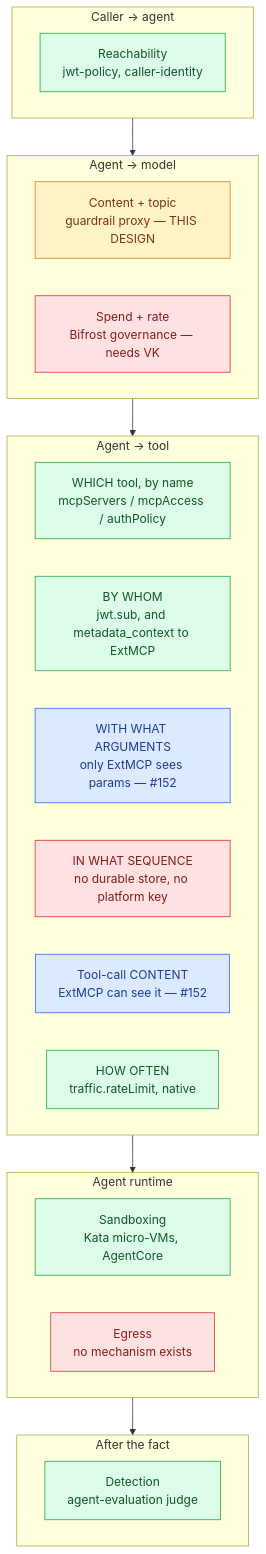
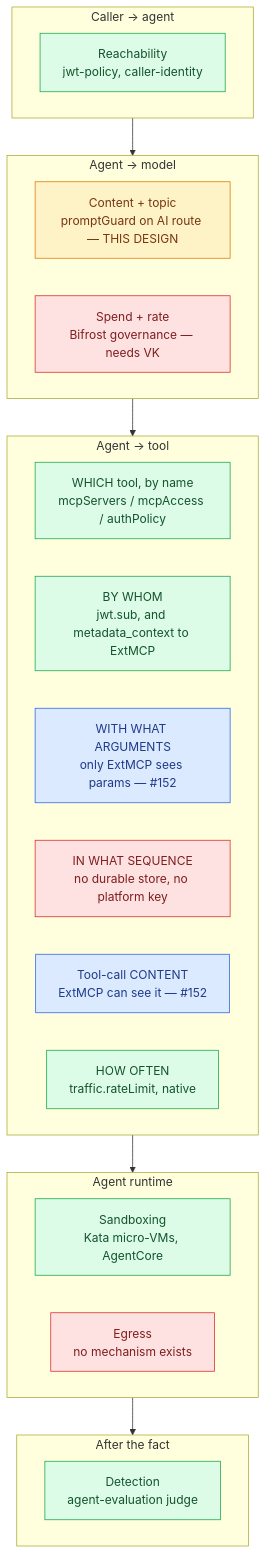
The third of 3 diagrams in docs/architecture/agent-guardrails.md (awslabs/open-agentic-platform), drawn with Mermaid before and after one commit. The commit also changed other lines of this file, not shown here.

First line of the commit message:
docs(architecture): sweep stale proxy references across the document

````diff
--- a/docs/architecture/agent-guardrails.md
+++ b/docs/architecture/agent-guardrails.md
@@ -1570,32 +1570,32 @@
 ```mermaid
 flowchart TB
     classDef have fill:#dcfce7,stroke:#16a34a,color:#14532d
     classDef new fill:#fef3c7,stroke:#d97706,color:#78350f
     classDef other fill:#dbeafe,stroke:#2563eb,color:#1e3a8a
     classDef gapn fill:#fee2e2,stroke:#dc2626,color:#7f1d1d
 
     subgraph CALLER["Caller → agent"]
         R["Reachability<br/>jwt-policy, caller-identity"]:::have
     end
     subgraph MODEL["Agent → model"]
-        C["Content + topic<br/>guardrail proxy — THIS DESIGN"]:::new
+        C["Content + topic<br/>promptGuard on AI route — THIS DESIGN"]:::new
         S["Spend + rate<br/>Bifrost governance — needs VK"]:::gapn
     end
     subgraph TOOL["Agent → tool"]
         T1["WHICH tool, by name<br/>mcpServers / mcpAccess / authPolicy"]:::have
         T2["BY WHOM<br/>jwt.sub, and metadata_context to ExtMCP"]:::have
         T3["WITH WHAT ARGUMENTS<br/>only ExtMCP sees params — #152"]:::other
         T4["IN WHAT SEQUENCE<br/>no durable store, no platform key"]:::gapn
         TC["Tool-call CONTENT<br/>ExtMCP can see it — #152"]:::other
         TR["HOW OFTEN<br/>traffic.rateLimit, native"]:::have
     end
     subgraph RUNTIME["Agent runtime"]
         SB["Sandboxing<br/>Kata micro-VMs, AgentCore"]:::have
         E["Egress<br/>no mechanism exists"]:::gapn
     end
     subgraph AFTER["After the fact"]
         D["Detection<br/>agent-evaluation judge"]:::have
     end
 
     CALLER --> MODEL --> TOOL --> RUNTIME --> AFTER
 ```
````
